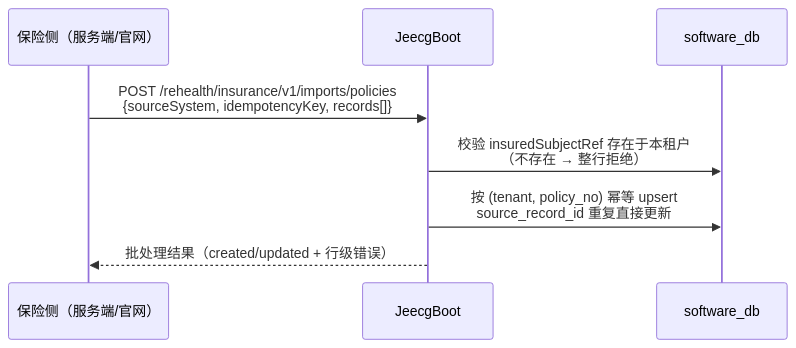
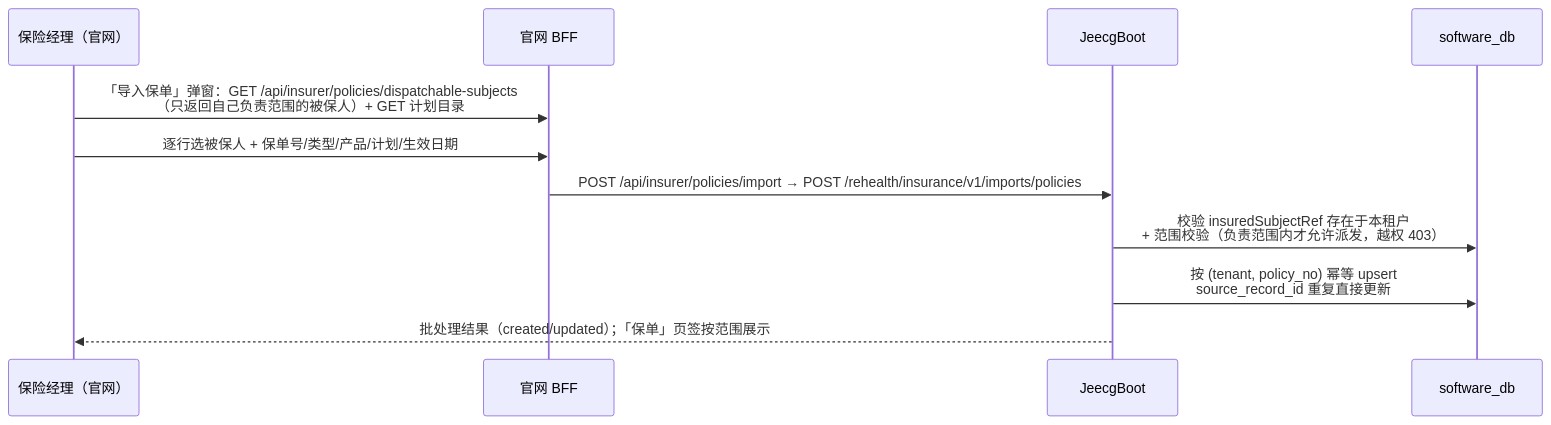
One commit to wjmlong/rehealth_tongbu changed the third of 5 diagrams in docs/保险侧保单数据设计.md. Above: the diagram before and after it, drawn with Mermaid. The commit also changed other lines of this file and 13 other files, not shown here.

````diff
--- a/docs/保险侧保单数据设计.md
+++ b/docs/保险侧保单数据设计.md
@@ -106,10 +106,13 @@
 ```mermaid
 sequenceDiagram
-    participant OP as 保险侧（服务端/官网）
+    participant M as 保险经理（官网）
+    participant BFF as 官网 BFF
     participant JEE as JeecgBoot
     participant DB as software_db
-    OP->>JEE: POST /rehealth/insurance/v1/imports/policies<br>{sourceSystem, idempotencyKey, records[]}
-    JEE->>DB: 校验 insuredSubjectRef 存在于本租户<br>（不存在 → 整行拒绝）
+    M->>BFF: 「导入保单」弹窗：GET /api/insurer/policies/dispatchable-subjects<br>（只返回自己负责范围的被保人）+ GET 计划目录
+    M->>BFF: 逐行选被保人 + 保单号/类型/产品/计划/生效日期
+    BFF->>JEE: POST /api/insurer/policies/import → POST /rehealth/insurance/v1/imports/policies
+    JEE->>DB: 校验 insuredSubjectRef 存在于本租户<br>+ 范围校验（负责范围内才允许派发，越权 403）
     JEE->>DB: 按 (tenant, policy_no) 幂等 upsert<br>source_record_id 重复直接更新
-    JEE-->>OP: 批处理结果（created/updated + 行级错误）
+    JEE-->>M: 批处理结果（created/updated）；「保单」页签按范围展示
 ```
````
